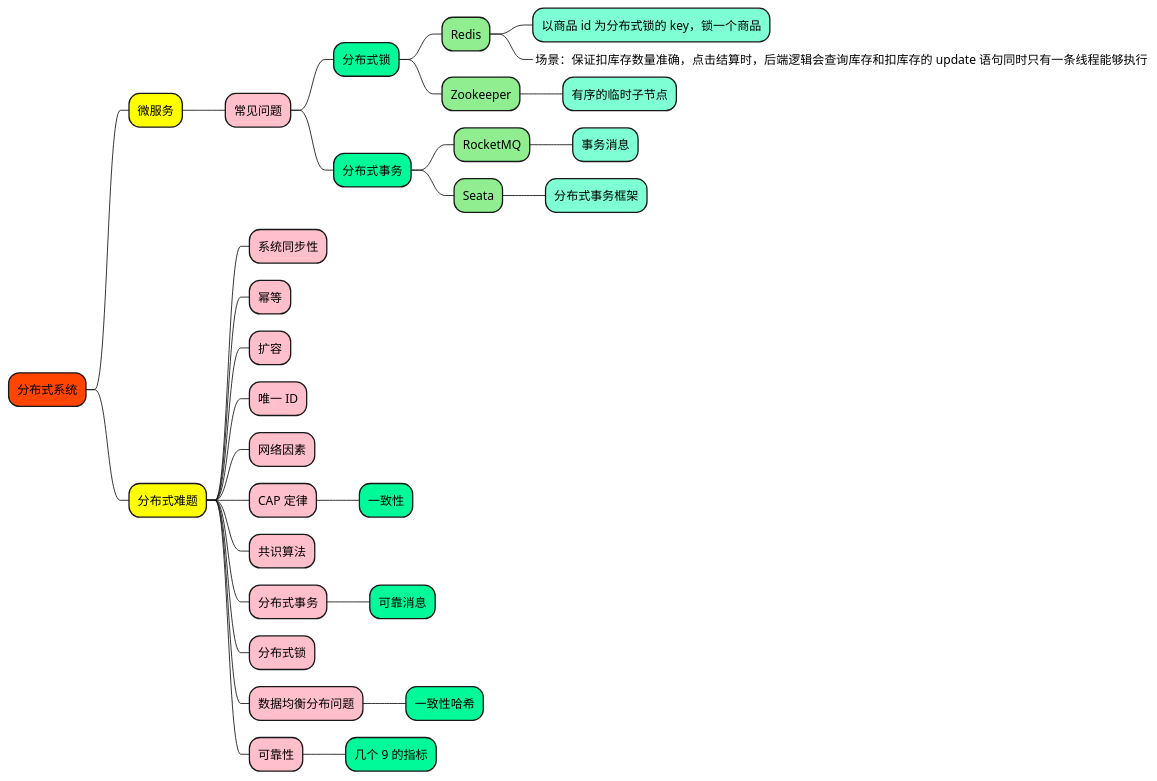
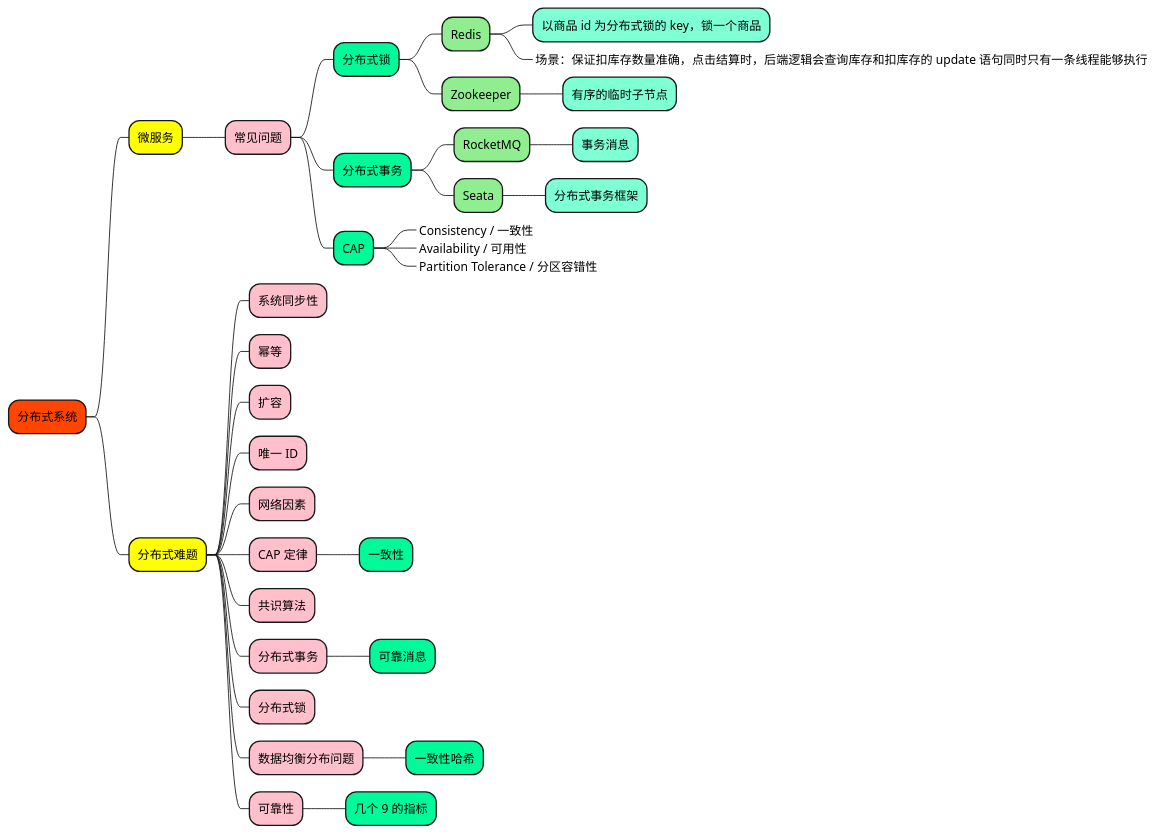
Before and after one commit to doveg/self-cultivation-of-a-software-engineer: the diagram in 1_map/architecture/DistributedSystem_分布式系统.puml, drawn with PlantUML. The commit also changed 3 other files, not shown here.

```diff
--- a/1_map/architecture/DistributedSystem_分布式系统.puml
+++ b/1_map/architecture/DistributedSystem_分布式系统.puml
@@ -1,50 +1,55 @@
 @startmindmap
 
 +[#OrangeRed] 分布式系统
 
 ++[#yellow] 微服务
 
 +++[#Pink] 常见问题
 
 ++++[#MediumSpringGreen] 分布式锁
 
 +++++[#LightGreen] Redis
 ++++++[#Aquamarine] 以商品 id 为分布式锁的 key，锁一个商品
 ++++++[#Aquamarine]_ 场景：保证扣库存数量准确，点击结算时，后端逻辑会查询库存和扣库存的 update 语句同时只有一条线程能够执行
 
 +++++[#LightGreen] Zookeeper
 ++++++[#Aquamarine] 有序的临时子节点
 
 ++++[#MediumSpringGreen] 分布式事务
 +++++[#LightGreen] RocketMQ
 ++++++[#Aquamarine] 事务消息
 
 +++++[#LightGreen] Seata
 ++++++[#Aquamarine] 分布式事务框架
+
+++++[#MediumSpringGreen] CAP
++++++[#LightGreen]_ Consistency / 一致性
++++++[#GhostWhite]_ Availability / 可用性
++++++[#LightGreen]_ Partition Tolerance / 分区容错性
 
 
 ++[#yellow] 分布式难题
 
 +++[#Pink] 系统同步性
 +++[#Pink] 幂等
 +++[#Pink] 扩容
 +++[#Pink] 唯一 ID
 +++[#Pink] 网络因素
 +++[#Pink] CAP 定律
 ++++[#MediumSpringGreen] 一致性
 +++[#Pink] 共识算法
 +++[#Pink] 分布式事务
 ++++[#MediumSpringGreen] 可靠消息
 +++[#Pink] 分布式锁
 +++[#Pink] 数据均衡分布问题
 ++++[#MediumSpringGreen] 一致性哈希
 +++[#Pink] 可靠性
 ++++[#MediumSpringGreen] 几个 9 的指标
 
 
 
 
 
 
 
 @endmindmap
```
